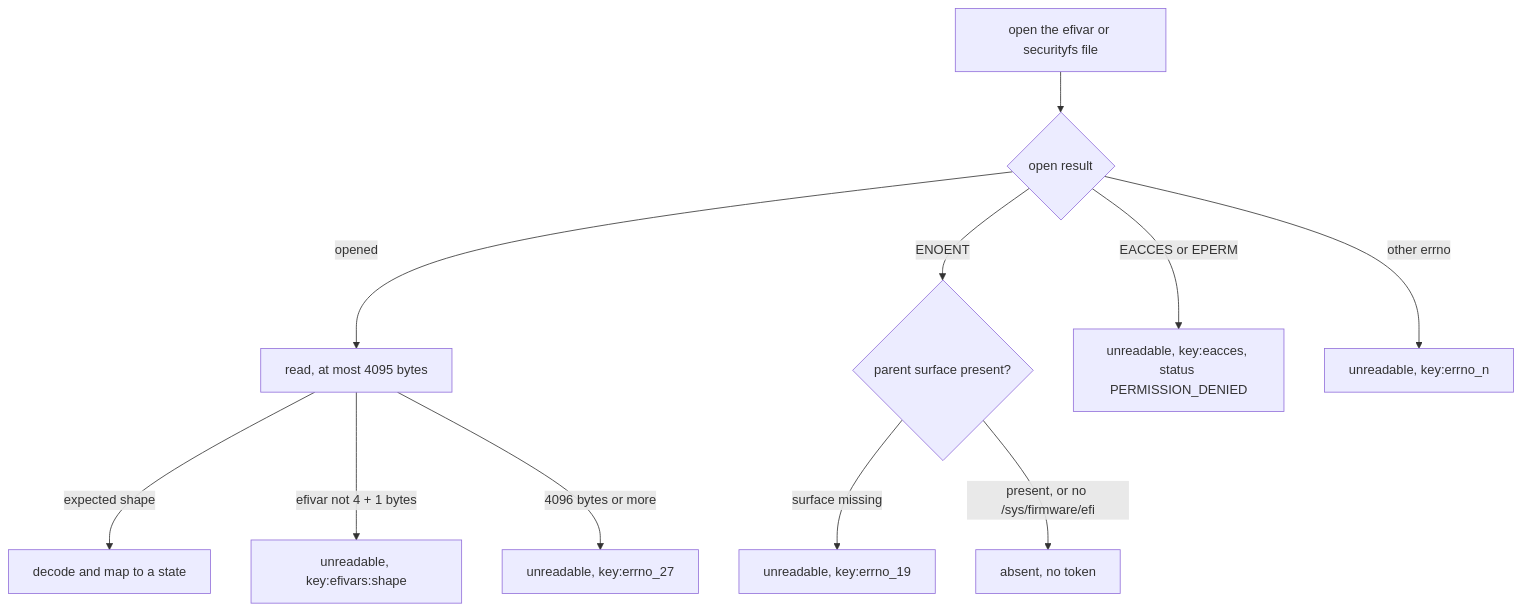
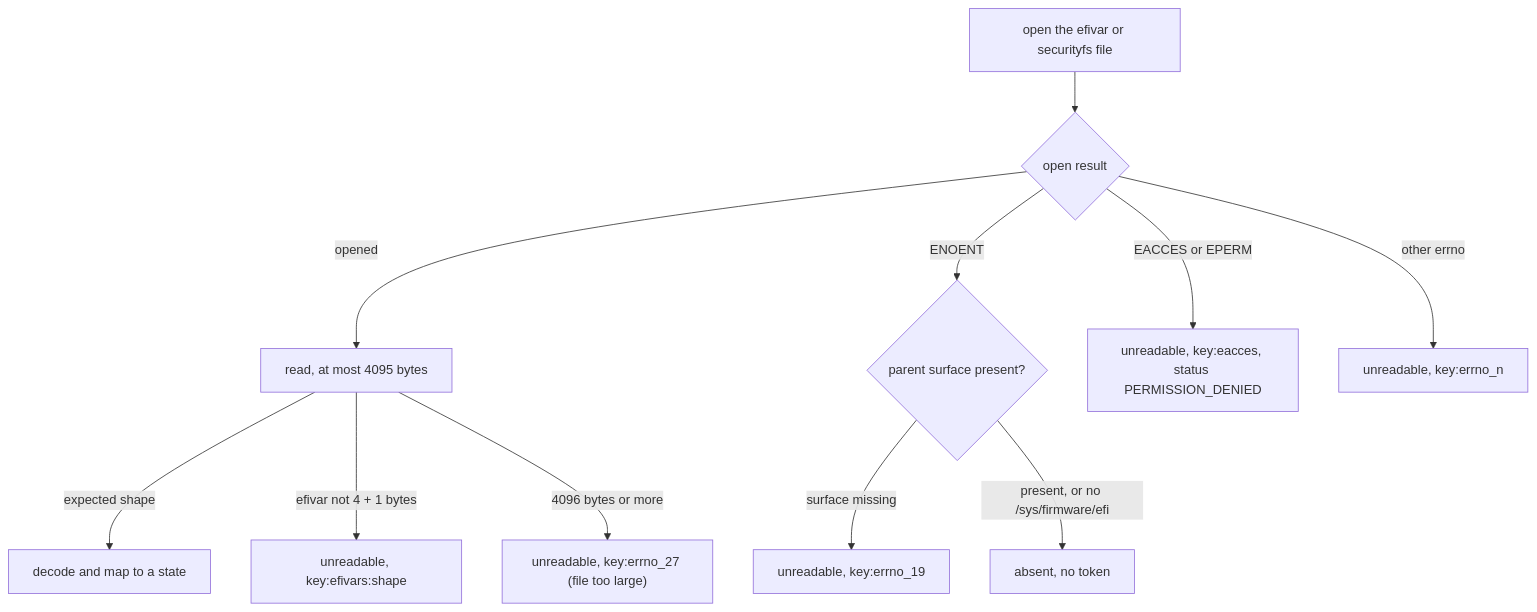
Before and after one commit to DevNullLtd/Yuzu: the first of 2 diagrams in agents/plugins/platform_security/README.md, drawn with Mermaid. The commit also changed other lines of this file and 69 other files, not shown here.

````diff
--- a/agents/plugins/platform_security/README.md
+++ b/agents/plugins/platform_security/README.md
@@ -52,13 +52,13 @@
 ```mermaid
 flowchart TD
   A["open the efivar or securityfs file"] --> B{"open result"}
   B -->|"opened"| C["read, at most 4095 bytes"]
   C -->|"expected shape"| V["decode and map to a state"]
   C -->|"efivar not 4 + 1 bytes"| U1["unreadable, key:efivars:shape"]
-  C -->|"4096 bytes or more"| U2["unreadable, key:errno_27"]
+  C -->|"4096 bytes or more"| U2["unreadable, key:errno_27 (file too large)"]
   B -->|"ENOENT"| D{"parent surface present?"}
   D -->|"surface missing"| U3["unreadable, key:errno_19"]
   D -->|"present, or no /sys/firmware/efi"| AB["absent, no token"]
   B -->|"EACCES or EPERM"| U4["unreadable, key:eacces, status PERMISSION_DENIED"]
   B -->|"other errno"| U5["unreadable, key:errno_n"]
 ```
````
